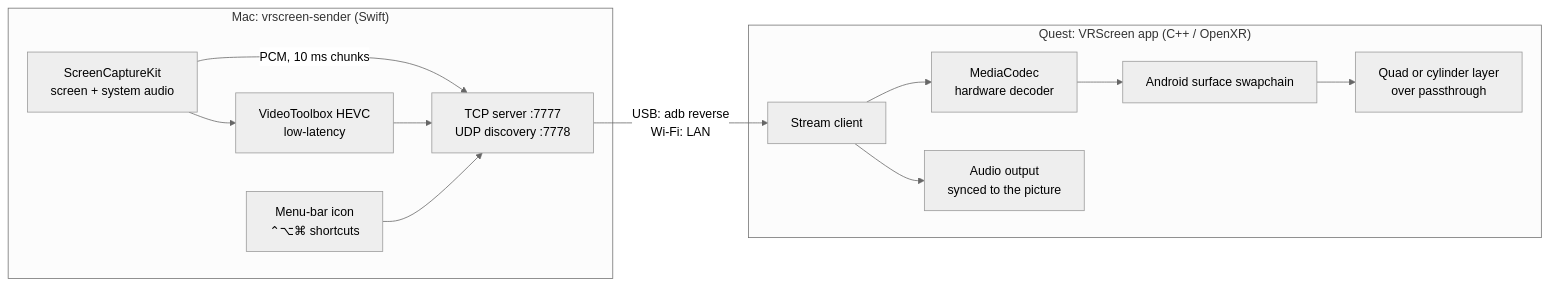
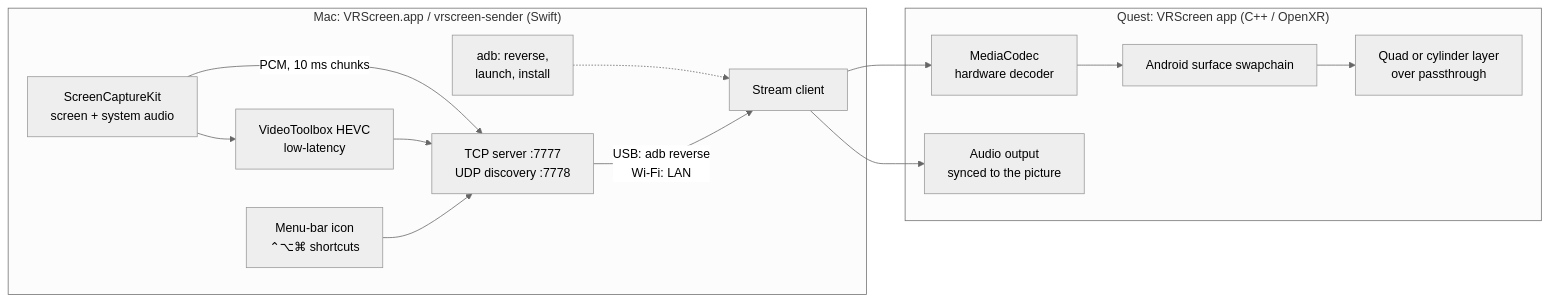
Before and after one commit to DimitriFourny/vrscreen: the diagram in README.md, drawn with Mermaid (neutral theme). The commit also changed other lines of this file and 31 other files, not shown here.

Commit message:
VRScreen.app: menu-bar app bundle with icon, settings menu (video/controls/headset), USB orchestration in the app, problem detection with fixes, log file; VERSION 0.3.0

````diff
--- a/README.md
+++ b/README.md
@@ -24,16 +27,17 @@
 ```mermaid
 flowchart LR
-  subgraph Mac["Mac: vrscreen-sender (Swift)"]
+  subgraph Mac["Mac: VRScreen.app / vrscreen-sender (Swift)"]
     A[ScreenCaptureKit<br/>screen + system audio] --> B[VideoToolbox HEVC<br/>low-latency]
     A -- "PCM, 10 ms chunks" --> C
     B --> C[TCP server :7777<br/>UDP discovery :7778]
     M[Menu-bar icon<br/>⌃⌥⌘ shortcuts] --> C
+    U[adb: reverse,<br/>launch, install] -.-> D
   end
   C -- "USB: adb reverse<br/>Wi-Fi: LAN" --> D
   subgraph Quest["Quest: VRScreen app (C++ / OpenXR)"]
     D[Stream client] --> E[MediaCodec<br/>hardware decoder]
     E --> F[Android surface swapchain]
     F --> G[Quad or cylinder layer<br/>over passthrough]
     D --> H[Audio output<br/>synced to the picture]
   end
 ```
````
